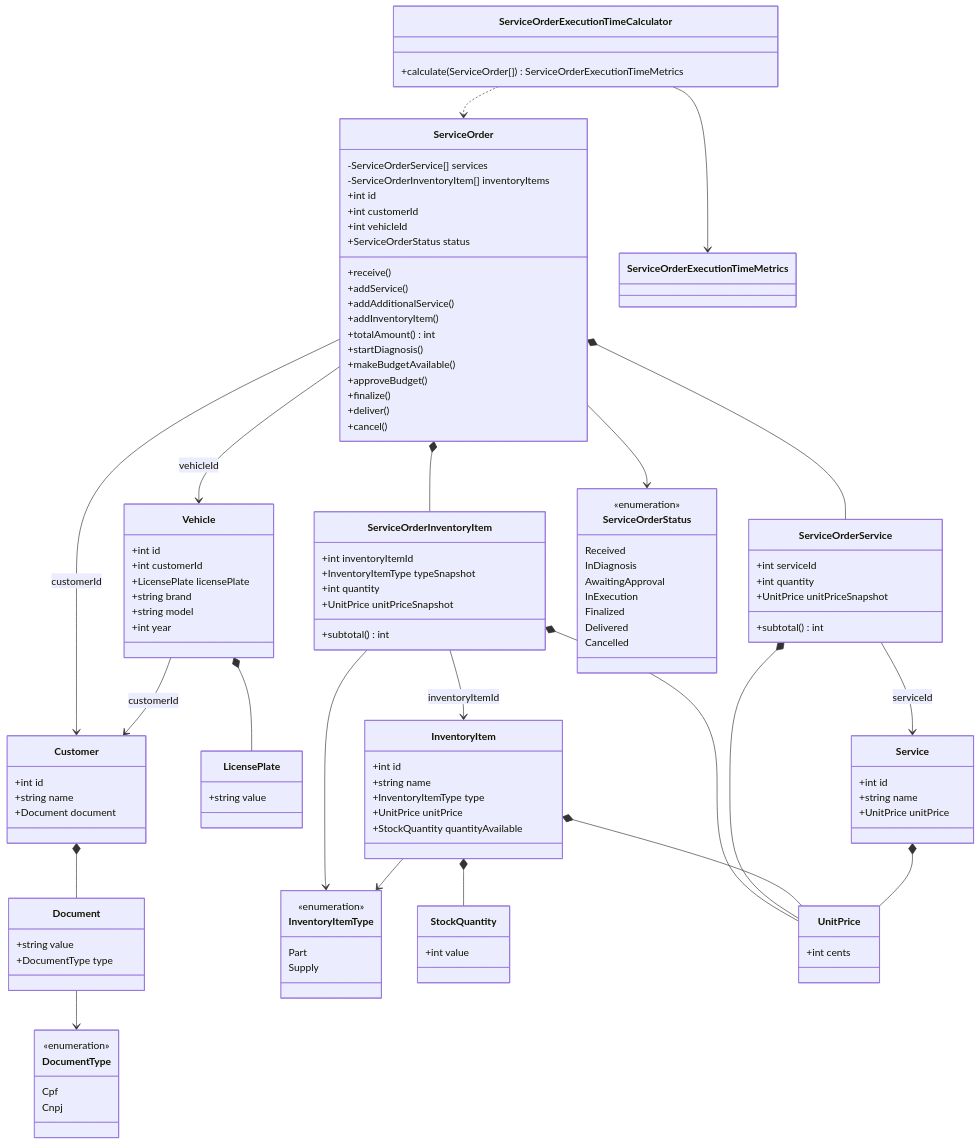
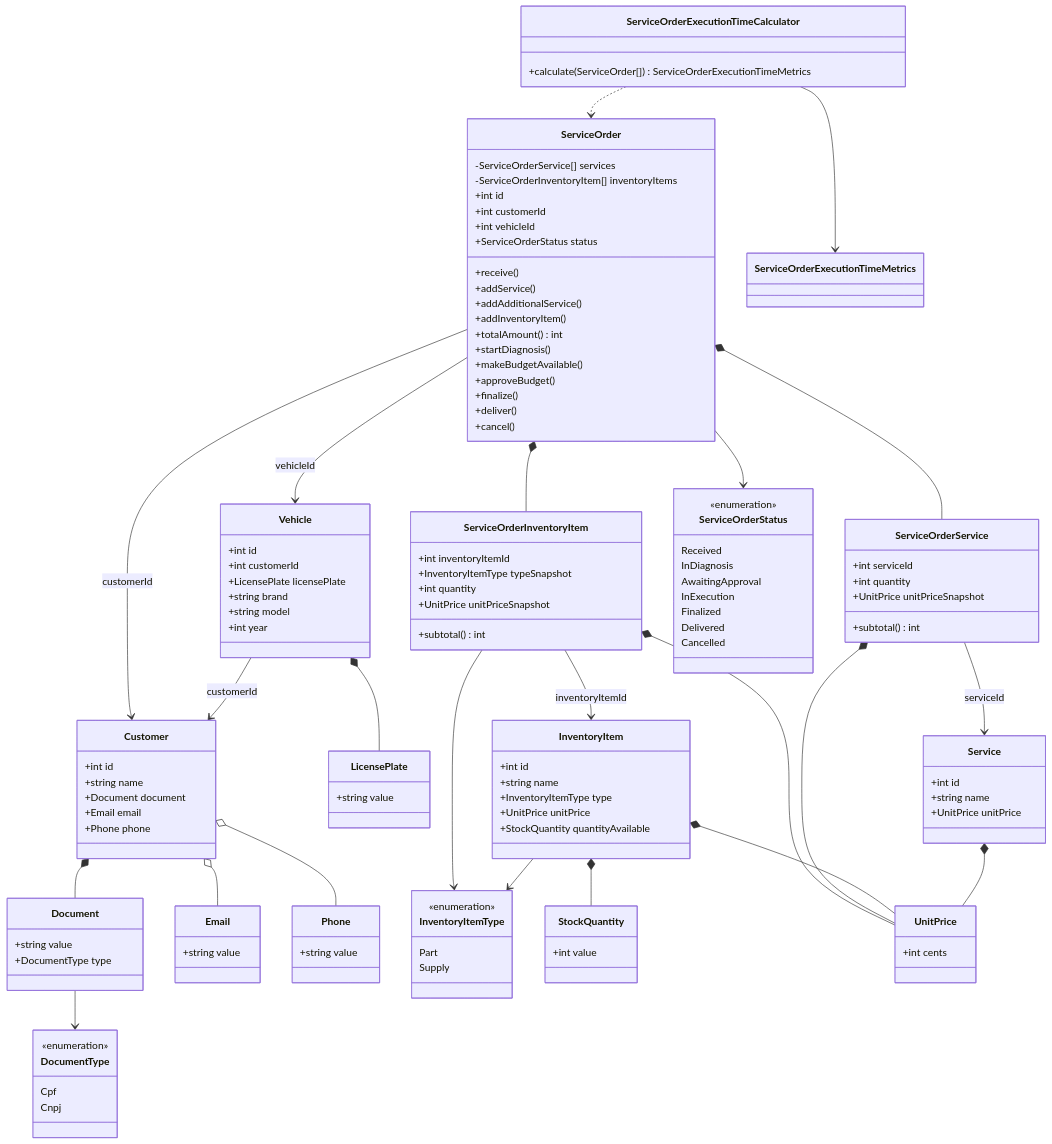
One commit to saranbruno/Tech-Challenge-Oficina changed the fourth of 8 diagrams in docs/ddd/diagrams.md. Above: the diagram before and after it, drawn with Mermaid. The commit also changed other lines of this file and 25 other files, not shown here.

```diff
--- a/docs/ddd/diagrams.md
+++ b/docs/ddd/diagrams.md
@@ -125,6 +129,8 @@
         +int id
         +string name
         +Document document
+        +Email email
+        +Phone phone
     }
     class Document {
         +string value
@@ -134,6 +140,12 @@
         <<enumeration>>
         Cpf
         Cnpj
+    }
+    class Email {
+        +string value
+    }
+    class Phone {
+        +string value
     }
     class Vehicle {
         +int id
@@ -217,6 +229,8 @@
     class ServiceOrderExecutionTimeMetrics
 
     Customer *-- Document
+    Customer o-- Email
+    Customer o-- Phone
     Document --> DocumentType
     Vehicle *-- LicensePlate
     Vehicle --> Customer : customerId
```
